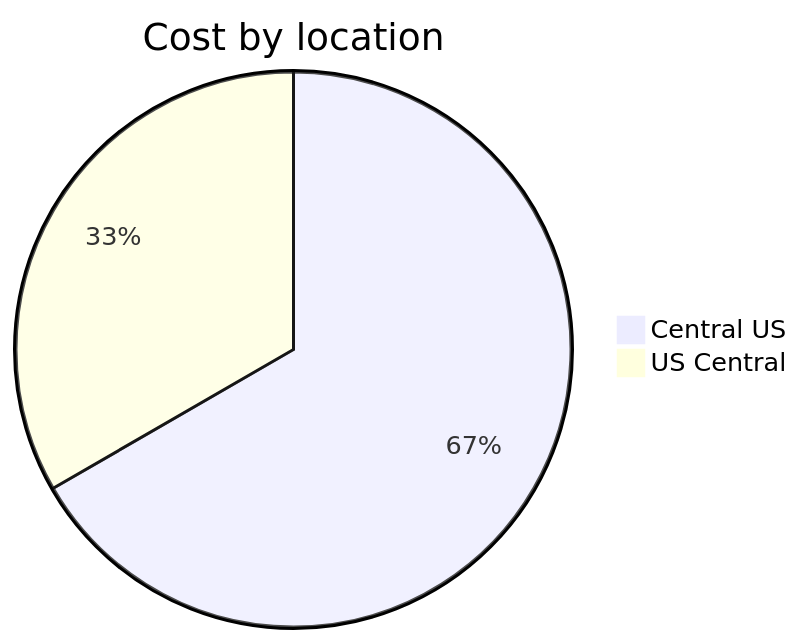
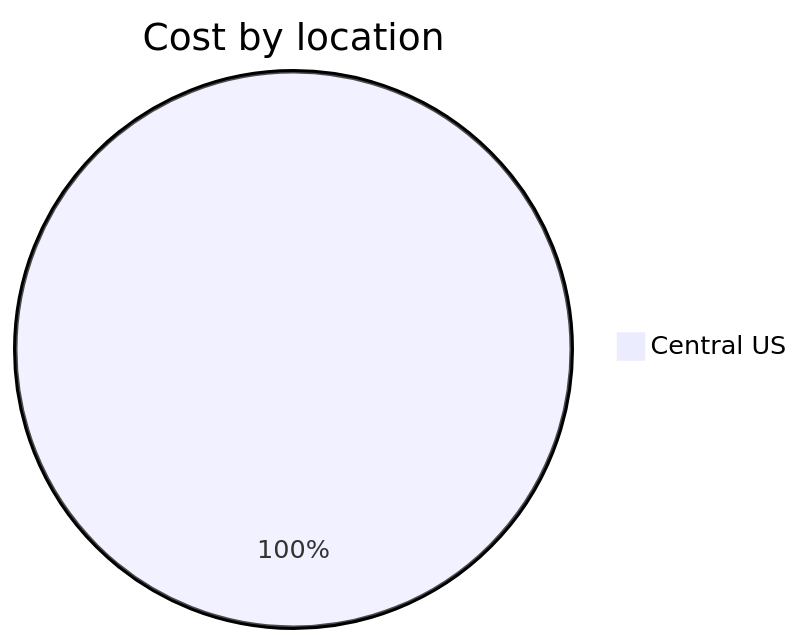
The third of 4 diagrams in cost-reports/personal-site/personalsiteapipreview.md (jpfulton/azure-personal-reports), drawn with Mermaid before and after one commit. The commit also changed other lines of this file and 7 other files, not shown here.

````diff
--- a/cost-reports/personal-site/personalsiteapipreview.md
+++ b/cost-reports/personal-site/personalsiteapipreview.md
@@ -108,6 +107,5 @@
 ```mermaid
 pie
    title Cost by location
-   "Central US" : 0.02
-   "US Central" : 0.01
+   "Central US" : 0.03
 ```
````
